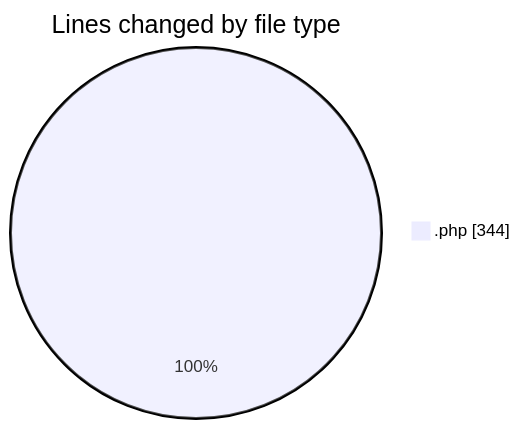
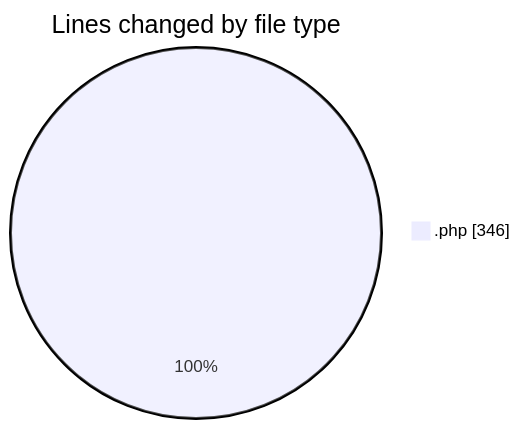
Before and after one commit to LanceThiago/code-tracking: the first of 2 diagrams in 2025-03-26/kml/README.md, drawn with Mermaid. The commit also changed other lines of this file and 1 other file, not shown here.

````diff
--- a/2025-03-26/kml/README.md
+++ b/2025-03-26/kml/README.md
@@ -20,5 +20,5 @@
 ```mermaid
 pie showData
 title Lines changed by file type
-".php" : 344
+".php" : 346
 ```
````
